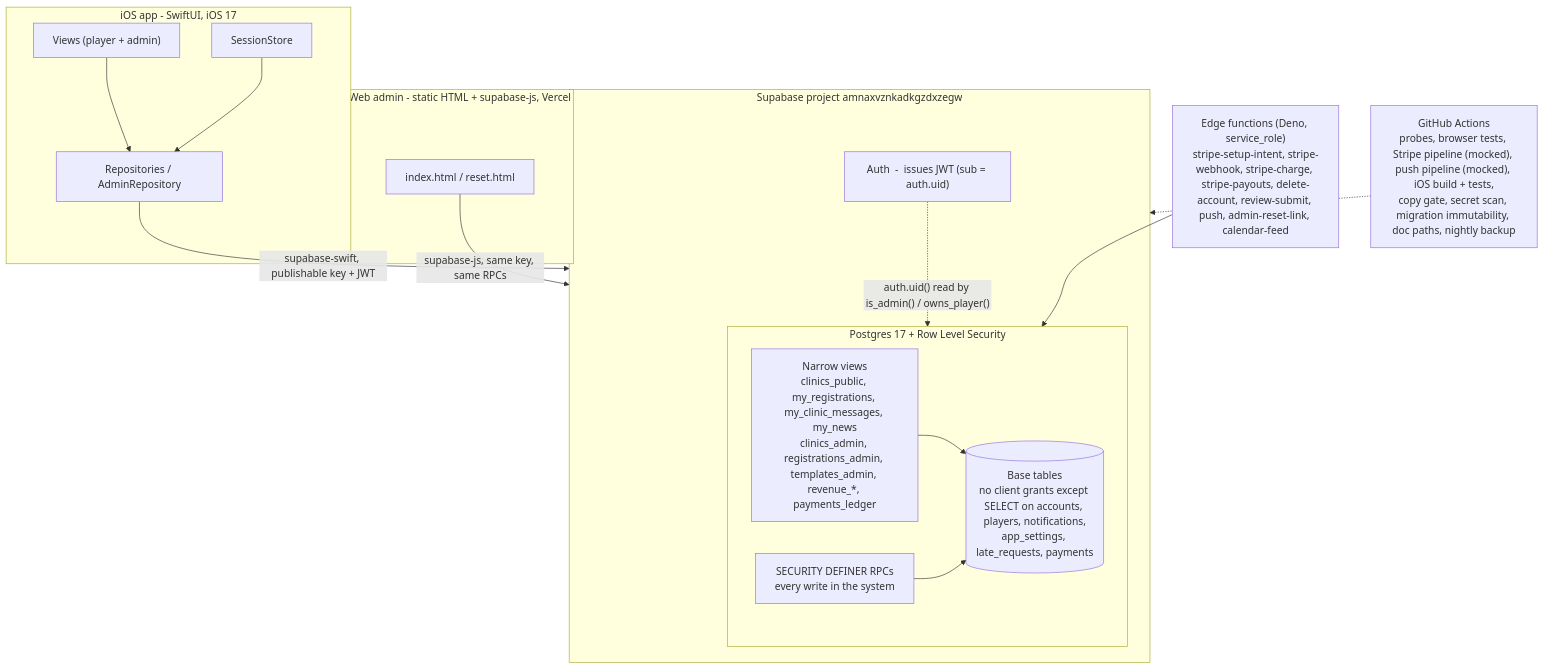
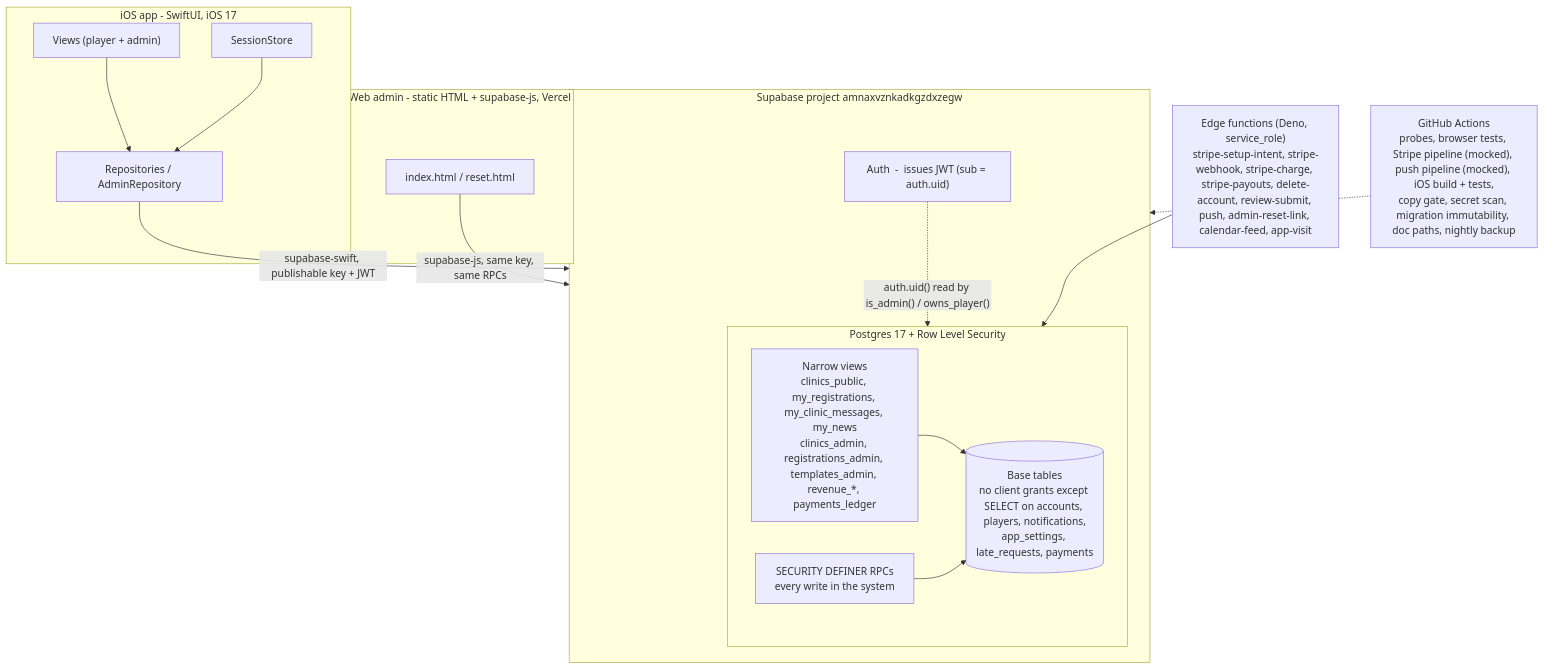
One commit to Volee-Team/FXE changed the diagram in docs/architecture.md. Above: the diagram before and after it, drawn with Mermaid. The commit also changed other lines of this file and 18 other files, not shown here.

First line of the commit message:
Counting QR scans and opens of the app link (decision 0031)

````diff
--- a/docs/architecture.md
+++ b/docs/architecture.md
@@ -74,33 +75,33 @@
 ```mermaid
 flowchart TD
     subgraph ios["iOS app  -  SwiftUI, iOS 17"]
         views["Views (player + admin)"]
         session["SessionStore"]
         repos["Repositories / AdminRepository"]
         views --> repos
         session --> repos
     end
 
     subgraph web["Web admin  -  static HTML + supabase-js, Vercel"]
         page["index.html / reset.html"]
     end
 
     repos -->|"supabase-swift, publishable key + JWT"| supa
     page -->|"supabase-js, same key, same RPCs"| supa
 
     subgraph supa["Supabase project amnaxvznkadkgzdxzegw"]
         auth["Auth  -  issues JWT (sub = auth.uid)"]
         subgraph pg["Postgres 17 + Row Level Security"]
             vws["Narrow views<br/>clinics_public, my_registrations, my_clinic_messages, my_news<br/>clinics_admin, registrations_admin, templates_admin, revenue_*, payments_ledger"]
             rpc["SECURITY DEFINER RPCs<br/>every write in the system"]
             tbl[("Base tables<br/>no client grants except SELECT on accounts, players, notifications,<br/>app_settings, late_requests, payments")]
             vws --> tbl
             rpc --> tbl
         end
         auth -.->|"auth.uid() read by is_admin() / owns_player()"| pg
     end
 
-    edge["Edge functions (Deno, service_role)<br/>stripe-setup-intent, stripe-webhook, stripe-charge, stripe-payouts, delete-account, review-submit, push, admin-reset-link, calendar-feed"]
+    edge["Edge functions (Deno, service_role)<br/>stripe-setup-intent, stripe-webhook, stripe-charge, stripe-payouts, delete-account, review-submit, push, admin-reset-link, calendar-feed, app-visit"]
     edge --> pg
     gha["GitHub Actions<br/>probes, browser tests, Stripe pipeline (mocked), push pipeline (mocked), iOS build + tests,<br/>copy gate, secret scan, migration immutability, doc paths, nightly backup"] -.-> supa
 ```
````
